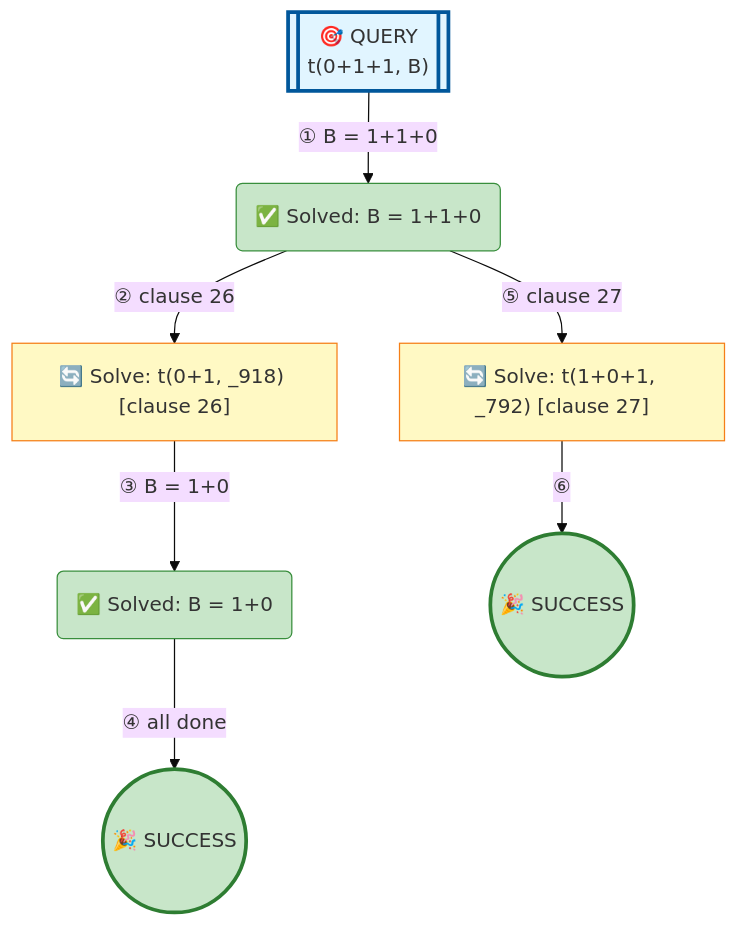
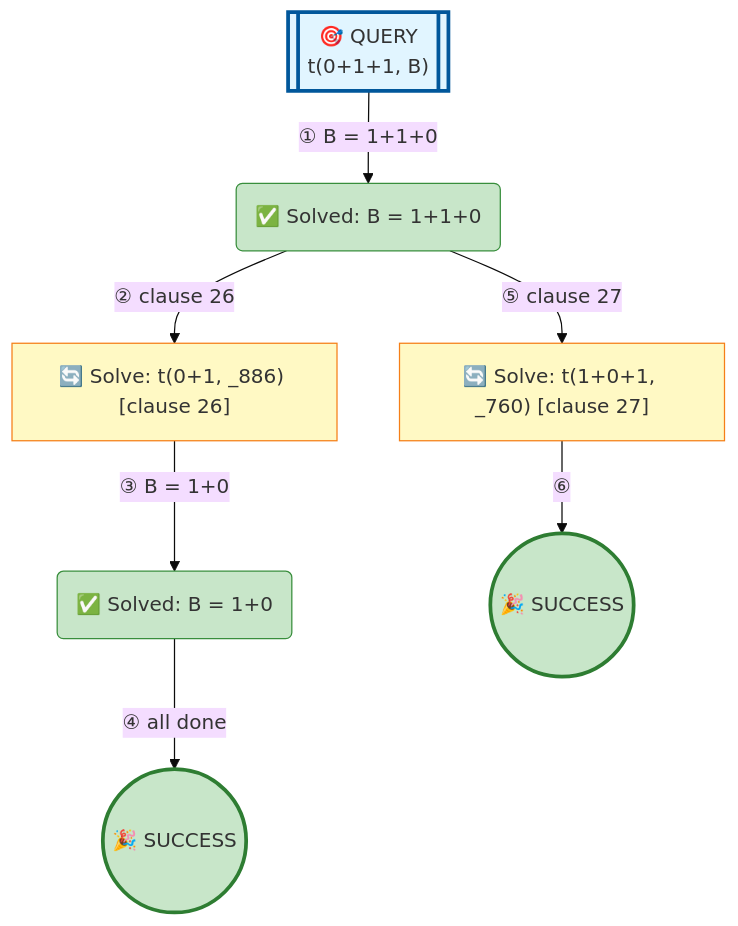
Before and after one commit to jarecsni/prolog-trace-viz: the diagram in examples/3_3_operators-minimal.md, drawn with Mermaid (base theme). The commit also changed other lines of this file and 17 other files, not shown here.

````diff
--- a/examples/3_3_operators-minimal.md
+++ b/examples/3_3_operators-minimal.md
@@ -19,29 +19,29 @@
 ```mermaid
 graph TD
 
 %% Nodes
 A[["🎯 QUERY<br/>t(0+1+1, B)"]]
 B("✅ Solved: B = 1+1+0")
-C["🔄 Solve: t(0+1, _918) [clause 26]"]
+C["🔄 Solve: t(0+1, _886) [clause 26]"]
 D("✅ Solved: B = 1+0")
 E(("🎉 SUCCESS"))
-F["🔄 Solve: t(1+0+1, _792) [clause 27]"]
+F["🔄 Solve: t(1+0+1, _760) [clause 27]"]
 G(("🎉 SUCCESS"))
 
 %% Edges
 A -->|"① B = 1+1+0"| B
 B -->|"② clause 26"| C
 C -->|"③ B = 1+0"| D
 D -->|"④ all done"| E
 B -->|"⑤ clause 27"| F
 F -->|"⑥"| G
 
 %% Styles
 style A fill:#e1f5ff,stroke:#01579b,stroke-width:3px
 style B fill:#c8e6c9,stroke:#388e3c
 style C fill:#fff9c4,stroke:#f57f17
 style D fill:#c8e6c9,stroke:#388e3c
 style E fill:#c8e6c9,stroke:#2e7d32,stroke-width:3px
 style F fill:#fff9c4,stroke:#f57f17
 style G fill:#c8e6c9,stroke:#2e7d32,stroke-width:3px
 ```
````
